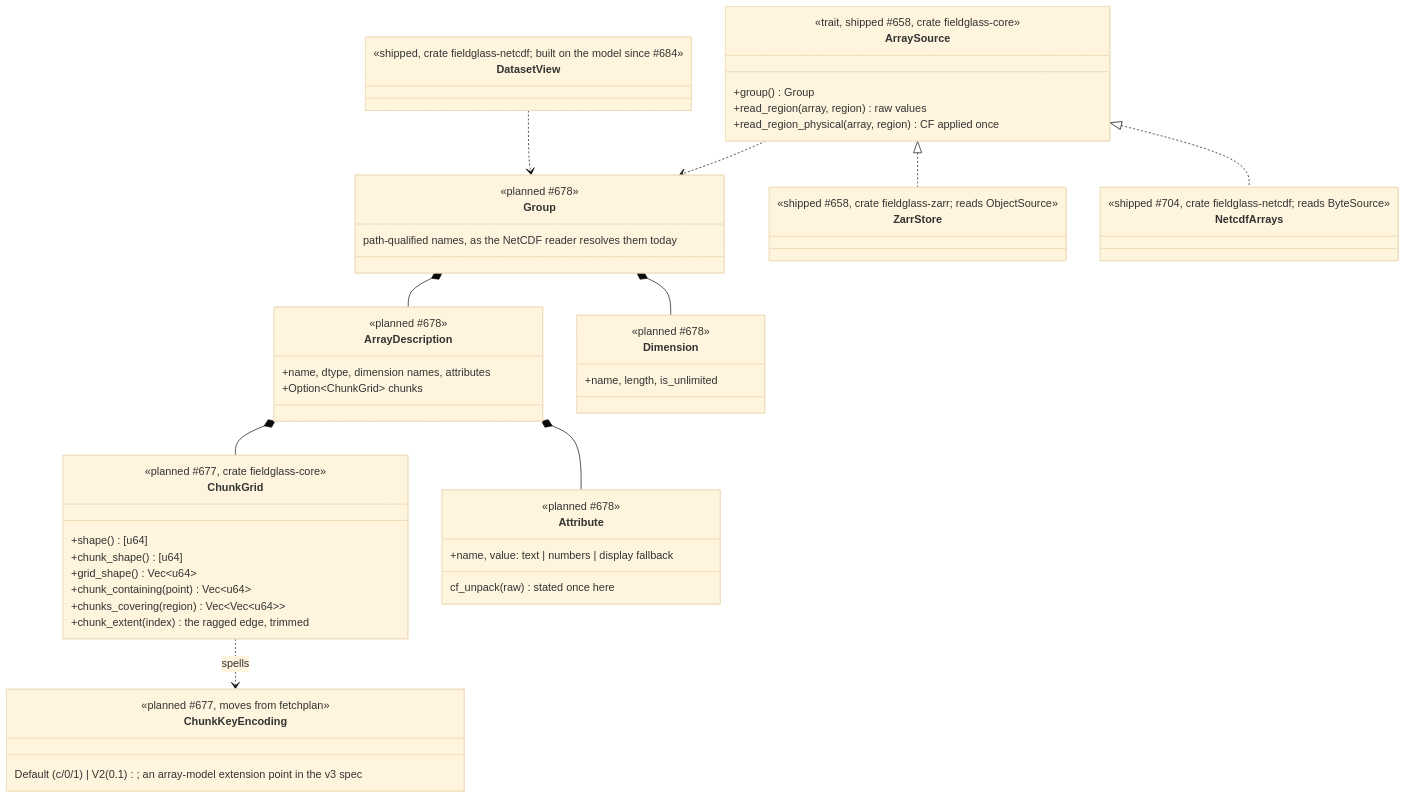
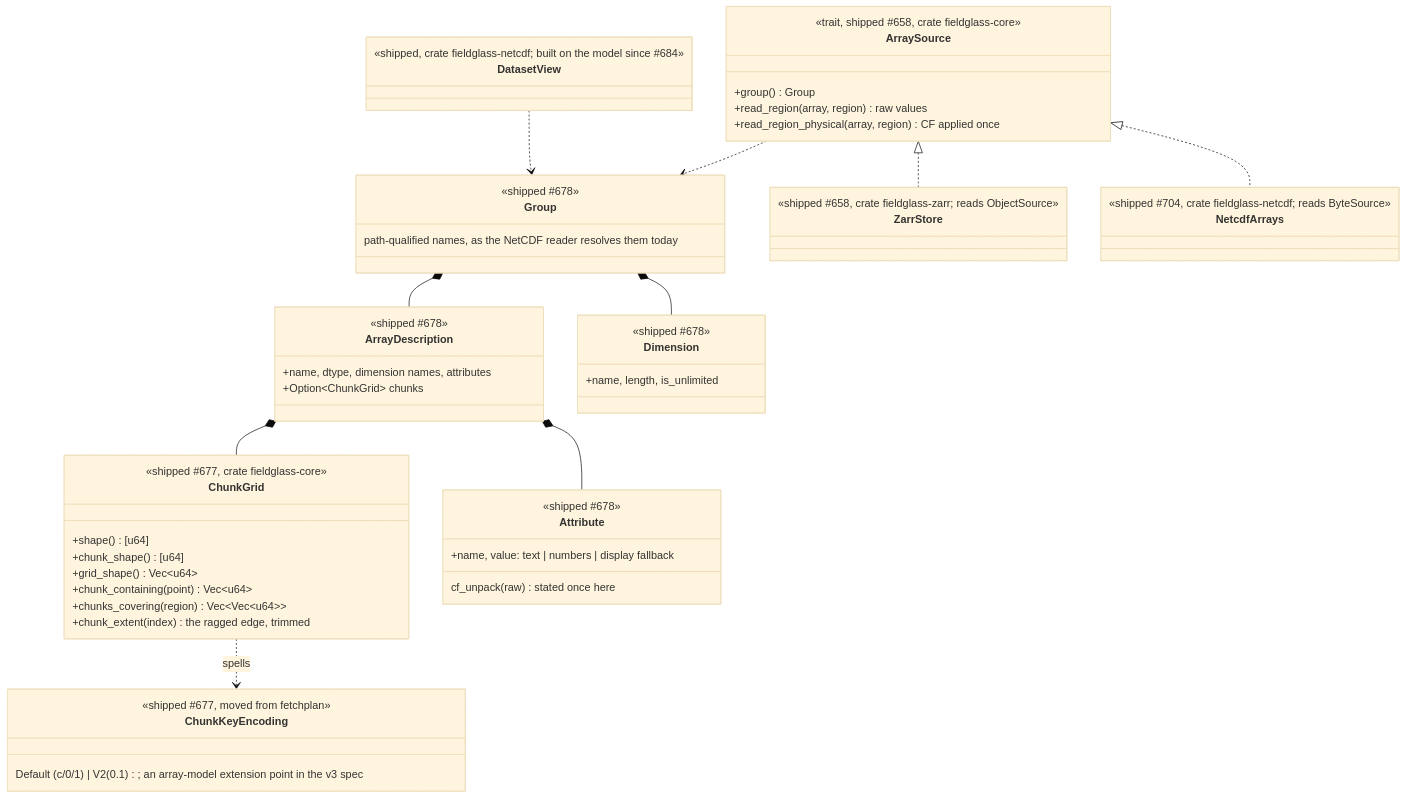
Before and after one commit to D0ubleD0uble/fieldglass: the second of 6 diagrams in docs/architecture/planned/02-trait-seams.md, drawn with Mermaid (base theme). The commit also changed other lines of this file and 28 other files, not shown here.

````diff
--- a/docs/architecture/planned/02-trait-seams.md
+++ b/docs/architecture/planned/02-trait-seams.md
@@ -134,58 +134,58 @@
 ```mermaid
 classDiagram
     class ChunkGrid {
-        <<planned #677, crate fieldglass-core>>
+        <<shipped #677, crate fieldglass-core>>
         +shape() [u64]
         +chunk_shape() [u64]
         +grid_shape() Vec~u64~
         +chunk_containing(point) Vec~u64~
         +chunks_covering(region) Vec~Vec~u64~~
         +chunk_extent(index) the ragged edge, trimmed
     }
     class ChunkKeyEncoding {
-        <<planned #677, moves from fetchplan>>
+        <<shipped #677, moved from fetchplan>>
         Default (c/0/1) | V2 (0.1); an array-model extension point in the v3 spec
     }
     class ArrayDescription {
-        <<planned #678>>
+        <<shipped #678>>
         +name, dtype, dimension names, attributes
         +Option~ChunkGrid~ chunks
     }
     class Dimension {
-        <<planned #678>>
+        <<shipped #678>>
         +name, length, is_unlimited
     }
     class Attribute {
-        <<planned #678>>
+        <<shipped #678>>
         +name, value: text | numbers | display fallback
         cf_unpack(raw) stated once here
     }
     class Group {
-        <<planned #678>>
+        <<shipped #678>>
         path-qualified names, as the NetCDF reader resolves them today
     }
     ChunkGrid ..> ChunkKeyEncoding : spells
     ArrayDescription *-- ChunkGrid
     ArrayDescription *-- Attribute
     Group *-- ArrayDescription
     Group *-- Dimension
     class DatasetView {
         <<shipped, crate fieldglass-netcdf; built on the model since #684>>
     }
     DatasetView ..> Group
     class ArraySource {
         <<trait, shipped #658, crate fieldglass-core>>
         +group() Group
         +read_region(array, region) raw values
         +read_region_physical(array, region) CF applied once
     }
     class ZarrStore {
         <<shipped #658, crate fieldglass-zarr; reads ObjectSource>>
     }
     class NetcdfArrays {
         <<shipped #704, crate fieldglass-netcdf; reads ByteSource>>
     }
     ArraySource ..> Group
     ArraySource <|.. ZarrStore
     ArraySource <|.. NetcdfArrays
 ```
````
